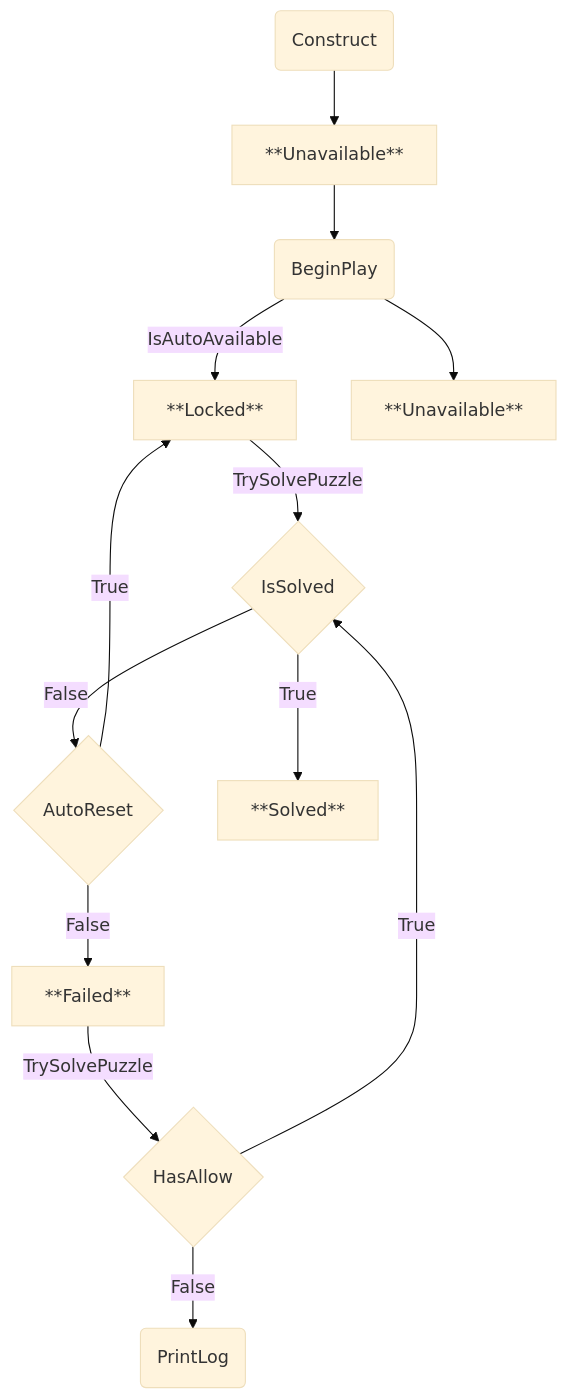
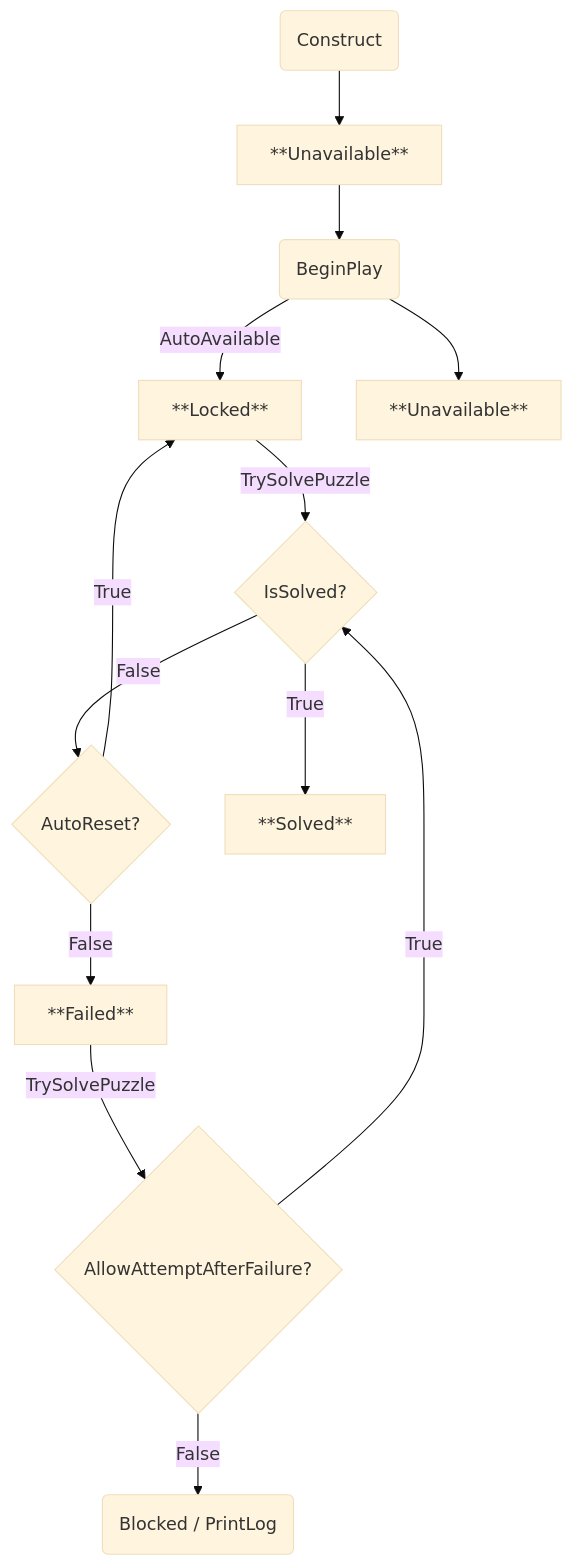
One commit to AliJimpa/PuzzleCore changed the second of 2 diagrams in README.md. Above: the diagram before and after it, drawn with Mermaid (base theme). The commit also changed other lines of this file, not shown here.

````diff
--- a/README.md
+++ b/README.md
@@ -100,15 +189,15 @@
 ```mermaid
 flowchart TD
     CC(Construct) --> SU[**Unavailable**]
     SU --> BP(BeginPlay)
-    BP -->|IsAutoAvailable| SL[**Locked**]
+    BP -->|AutoAvailable| SL[**Locked**]
     BP --> SU2[**Unavailable**]
-    SL -->|TrySolvePuzzle| H{IsSolved}
-    H -->|False| H2{AutoReset}
+    SL -->|TrySolvePuzzle| H{IsSolved?}
+    H -->|False| H2{AutoReset?}
     H -->|True| SS[**Solved**]
     H2 -->|False| SF[**Failed**]
     H2 -->|True| SL
-    SF -->|TrySolvePuzzle| H3{HasAllow}
+    SF -->|TrySolvePuzzle| H3{AllowAttemptAfterFailure?}
     H3 -->|True| H
-    H3 -->|False| BB(PrintLog)
+    H3 -->|False| BB(Blocked / PrintLog)
 ```
````
